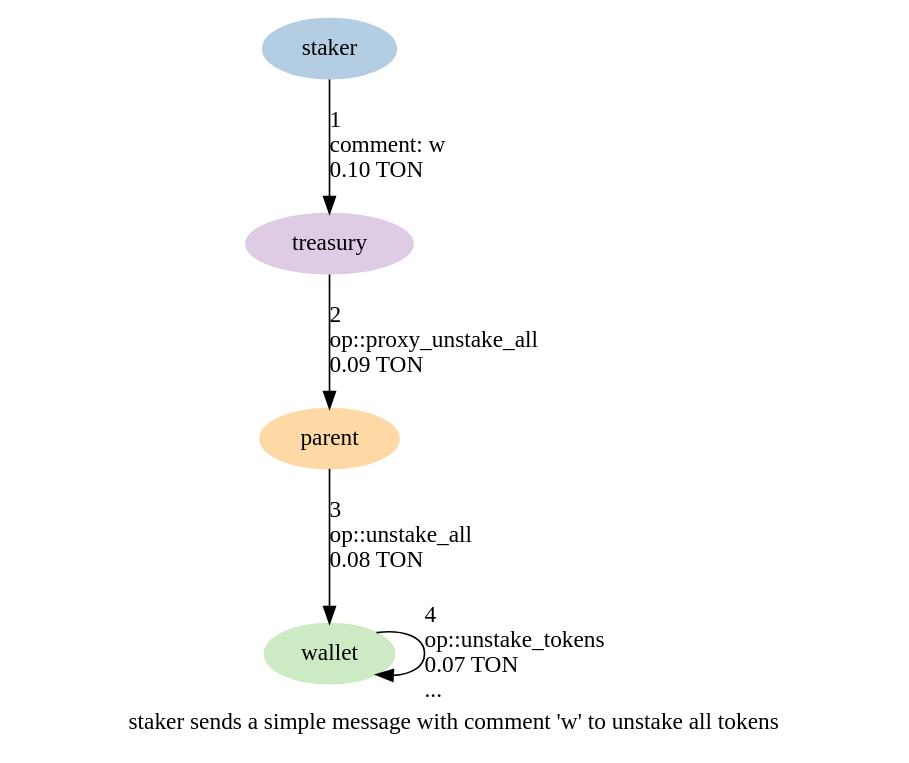
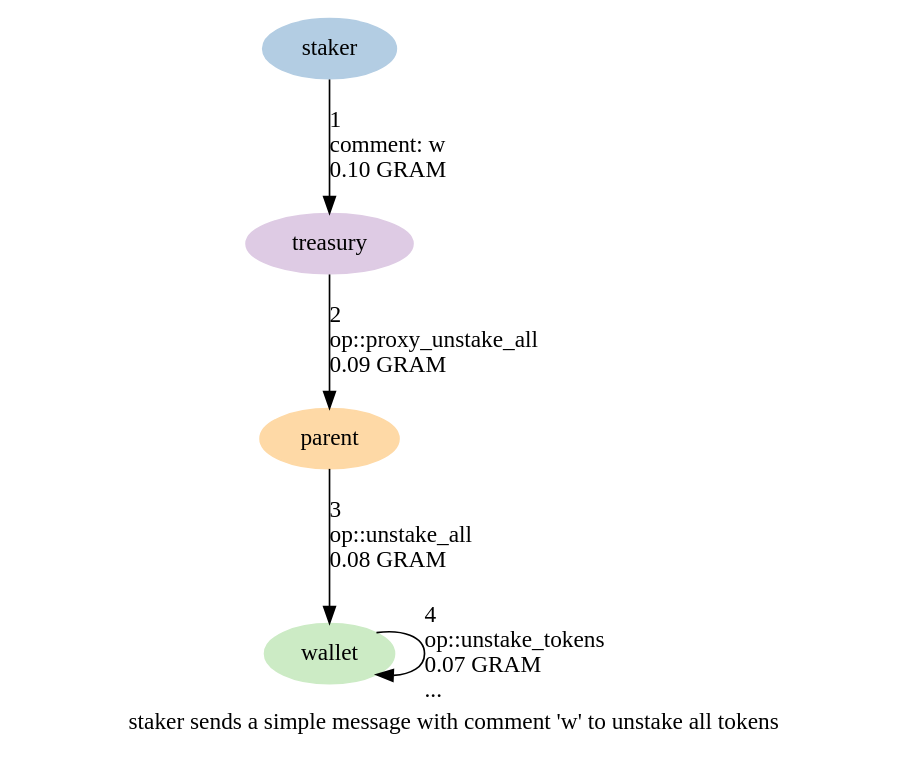
Before and after one commit to HipoFinance/contract: the diagram in graphs/09-unstake-all-tokens.dot, drawn with Graphviz. The commit also changed 97 other files, not shown here.

First line of the commit message:
Finish the TON to GRAM and hTON to hGRAM rebrand

```diff
--- a/graphs/09-unstake-all-tokens.dot
+++ b/graphs/09-unstake-all-tokens.dot
@@ -1,19 +1,19 @@
 digraph {
     label="staker sends a simple message with comment 'w' to unstake all tokens"
     node [ colorscheme=pastel19 style=filled ]
 
     /* Entities */
     staker [ color=2 ]
     wallet [ color=3 ]
     treasury [ color=4 ]
     parent [ color=5 ]
 
     /* Relationships */
-    staker -> treasury [ label="1\l comment: w\l 0.10 TON\l" ]
-    treasury -> parent [ label="2\l op::proxy_unstake_all\l 0.09 TON\l" ]
-    parent -> wallet [ label="3\l op::unstake_all\l 0.08 TON\l" ]
-    wallet -> wallet [ label="4\l op::unstake_tokens\l 0.07 TON\l ...\l" ]
+    staker -> treasury [ label="1\l comment: w\l 0.10 GRAM\l" ]
+    treasury -> parent [ label="2\l op::proxy_unstake_all\l 0.09 GRAM\l" ]
+    parent -> wallet [ label="3\l op::unstake_all\l 0.08 GRAM\l" ]
+    wallet -> wallet [ label="4\l op::unstake_tokens\l 0.07 GRAM\l ...\l" ]
 
     /* Ranks */
     { rank=min staker }
 }
```
